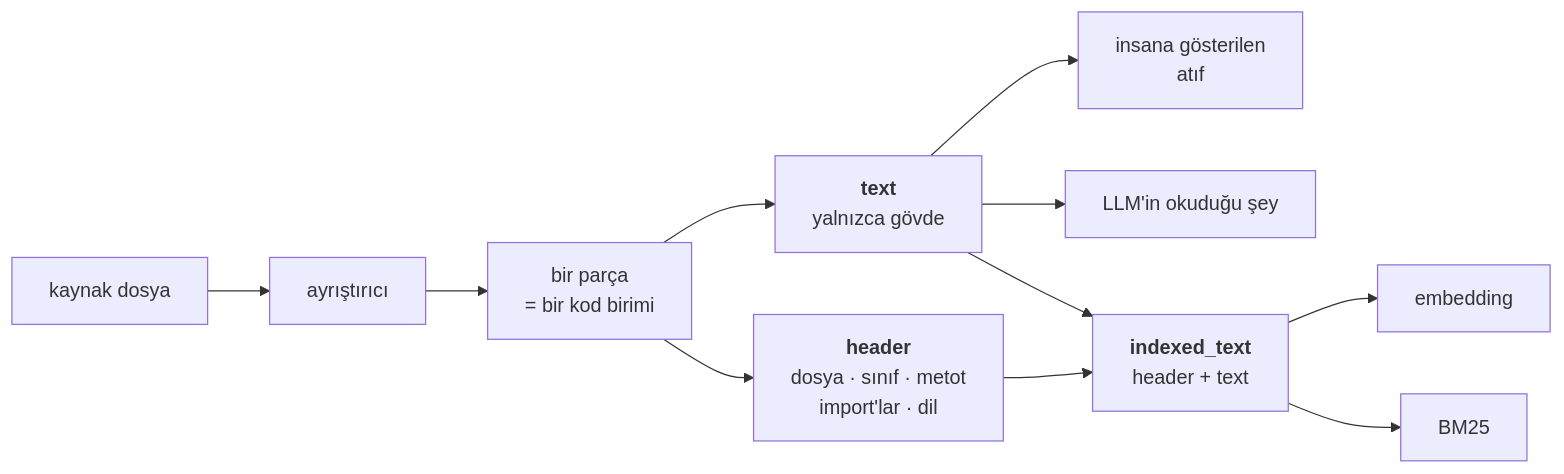
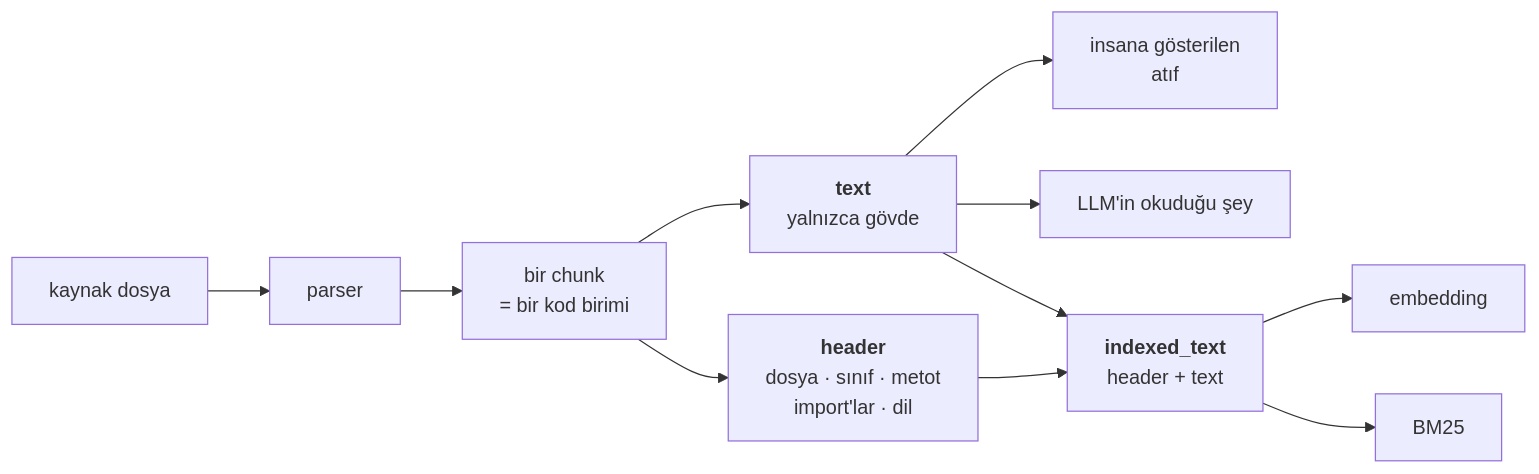
The diagram in docs/rag/02-chunking.tr.md (fport/milvus-rag), drawn with Mermaid before and after one commit. The commit also changed other lines of this file and 15 other files, not shown here.

````diff
--- a/docs/rag/02-chunking.tr.md
+++ b/docs/rag/02-chunking.tr.md
@@ -47,13 +47,13 @@
 ```mermaid
 flowchart LR
-    SRC["kaynak dosya"] --> P["ayrıştırıcı"]
-    P --> C["bir parça<br>= bir kod birimi"]
+    SRC["kaynak dosya"] --> P["parser"]
+    P --> C["bir chunk<br>= bir kod birimi"]
     C --> T["<b>text</b><br>yalnızca gövde"]
     C --> H["<b>header</b><br>dosya · sınıf · metot<br>import'lar · dil"]
     T --> CITE["insana gösterilen<br>atıf"]
     T --> PROMPT["LLM'in okuduğu şey"]
     T --> IX["<b>indexed_text</b><br>header + text"]
     H --> IX
     IX --> EMB["embedding"]
     IX --> BM["BM25"]
 ```
````
